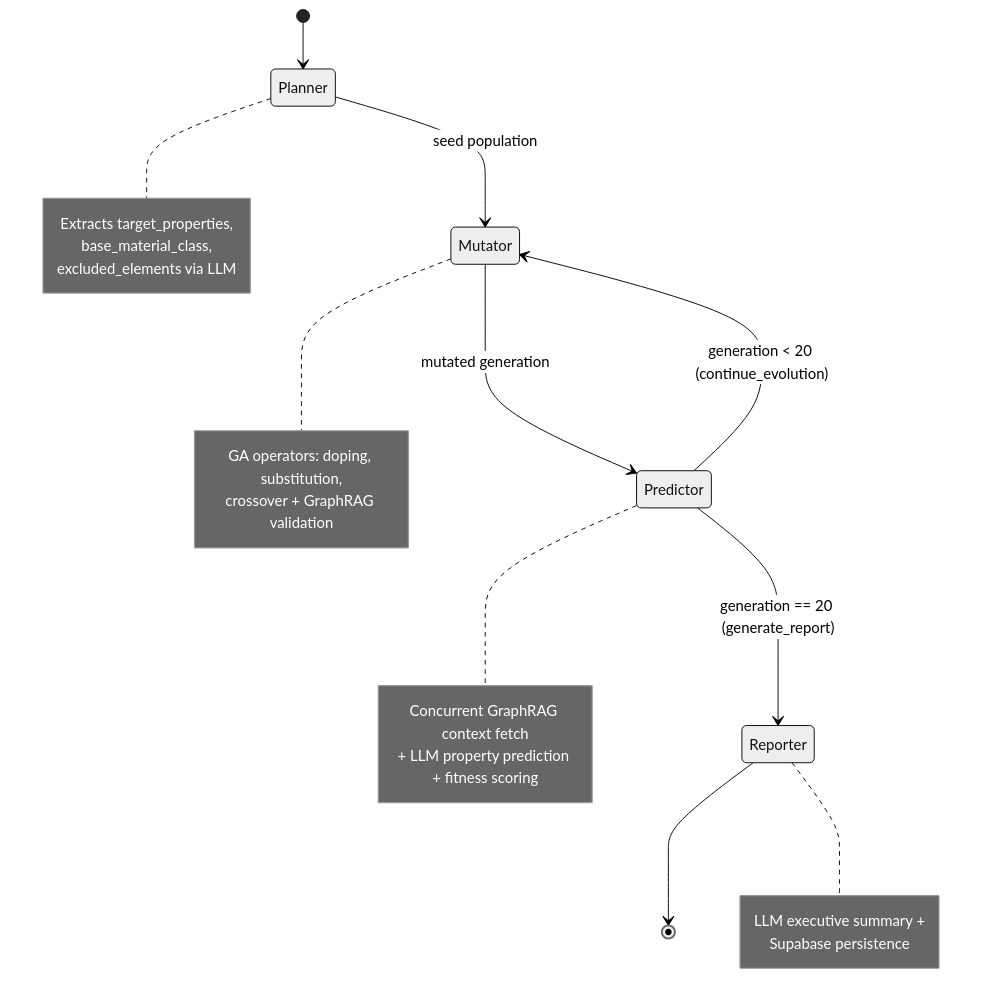
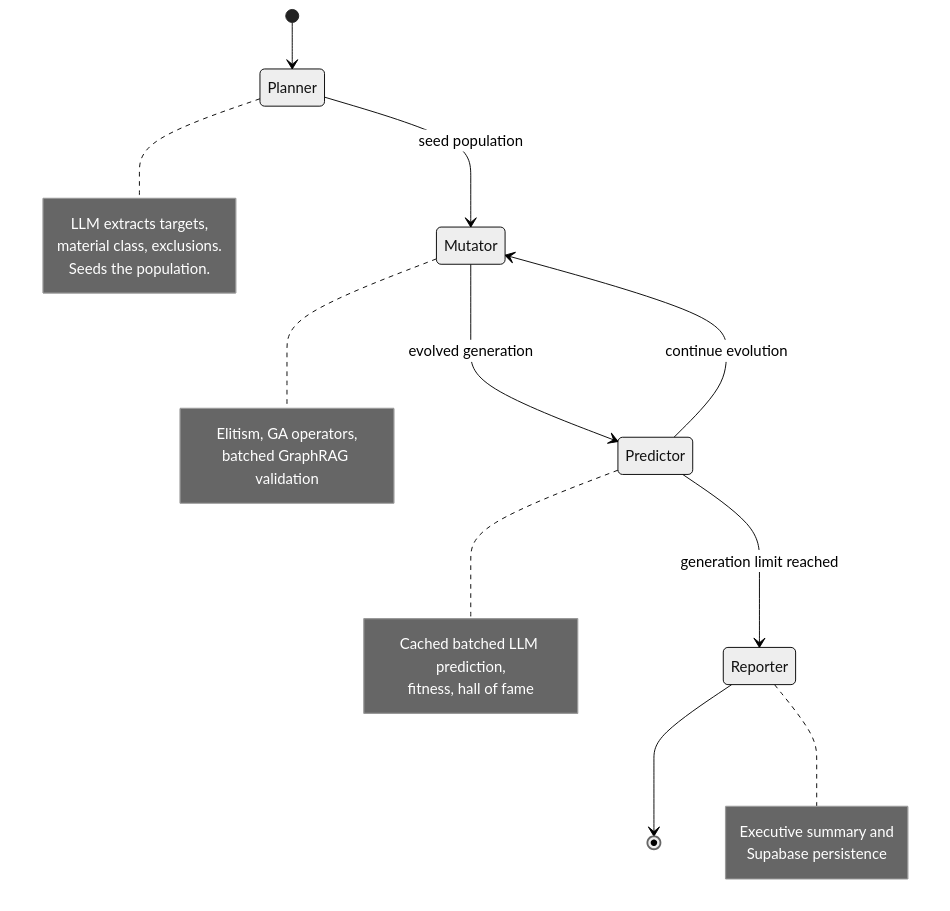
Before and after one commit to Rahul-8283/AURA_Data_Driven: the fifth of 18 diagrams in README.md, drawn with Mermaid (neutral theme). The commit also changed other lines of this file, not shown here.

````diff
--- a/README.md
+++ b/README.md
@@ -185,30 +307,27 @@
 ```mermaid
 stateDiagram-v2
     [*] --> Planner
     Planner --> Mutator: seed population
-    Mutator --> Predictor: mutated generation
-    Predictor --> Mutator: generation < 20 (continue_evolution)
-    Predictor --> Reporter: generation == 20 (generate_report)
+    Mutator --> Predictor: evolved generation
+    Predictor --> Mutator: continue evolution
+    Predictor --> Reporter: generation limit reached
     Reporter --> [*]
 
     note right of Planner
-      Extracts target_properties,
-      base_material_class,
-      excluded_elements via LLM
+      LLM extracts targets,
+      material class, exclusions.
+      Seeds the population.
     end note
-
     note right of Mutator
-      GA operators: doping, substitution,
-      crossover + GraphRAG validation
+      Elitism, GA operators,
+      batched GraphRAG validation
     end note
-
     note right of Predictor
-      Concurrent GraphRAG context fetch
-      + LLM property prediction + fitness scoring
+      Cached batched LLM prediction,
+      fitness, hall of fame
     end note
-
     note right of Reporter
-      LLM executive summary +
+      Executive summary and
       Supabase persistence
     end note
 ```
````
